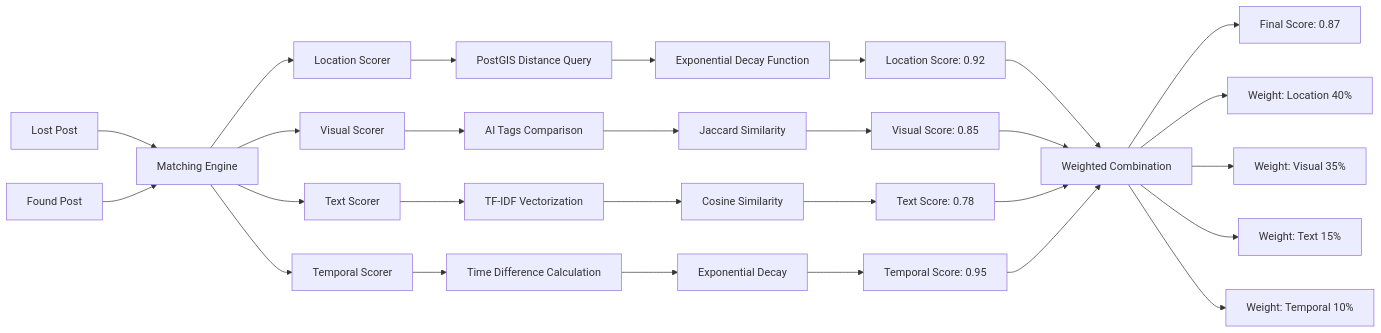
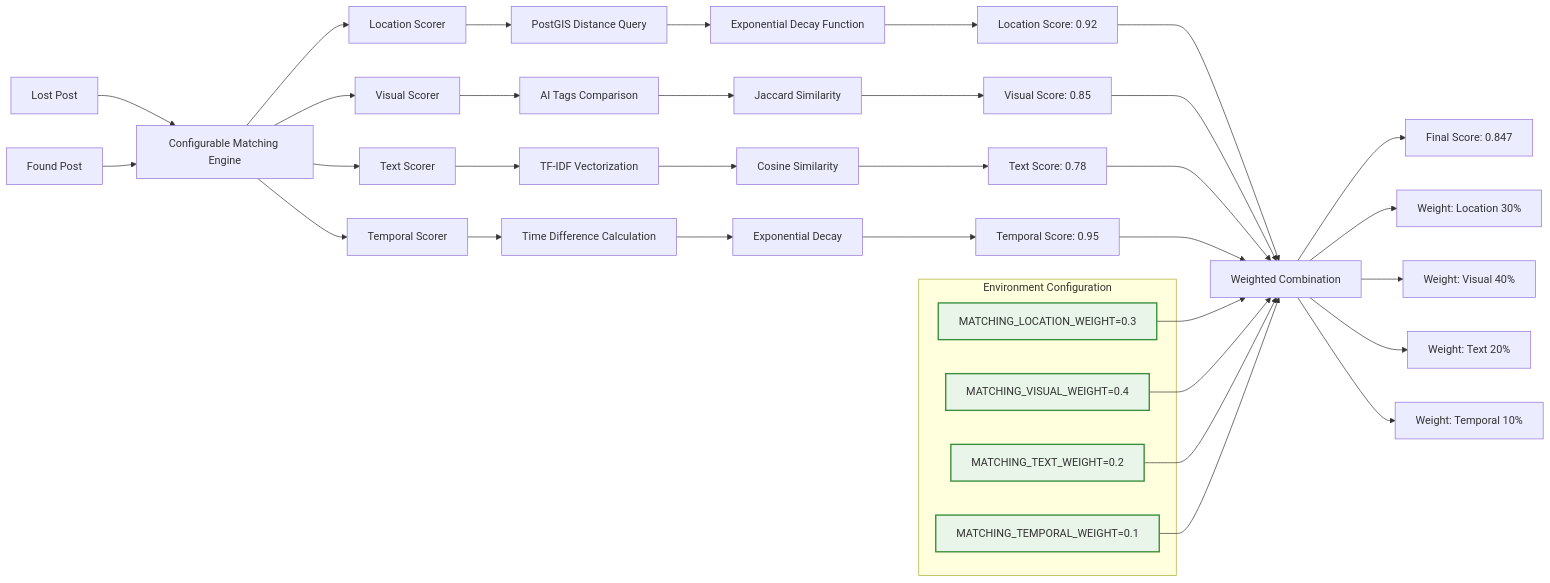
One commit to findly-now/fn-docs changed the third of 10 diagrams in matcher/service-interaction-diagrams.md. Above: the diagram before and after it, drawn with Mermaid. The commit also changed other lines of this file and 10 other files, not shown here.

First line of the commit message:
docs: Comprehensive architecture documentation and troubleshooting guides

````diff
--- a/matcher/service-interaction-diagrams.md
+++ b/matcher/service-interaction-diagrams.md
@@ -88,38 +88,55 @@
 ```mermaid
 graph LR
-    A[Lost Post] --> B[Matching Engine]
+    A[Lost Post] --> B[Configurable Matching Engine]
     C[Found Post] --> B
+
+    subgraph "Environment Configuration"
+        ENV1[MATCHING_LOCATION_WEIGHT=0.3]
+        ENV2[MATCHING_VISUAL_WEIGHT=0.4]
+        ENV3[MATCHING_TEXT_WEIGHT=0.2]
+        ENV4[MATCHING_TEMPORAL_WEIGHT=0.1]
+    end
 
     B --> D[Location Scorer]
     B --> E[Visual Scorer]
     B --> F[Text Scorer]
     B --> G[Temporal Scorer]
 
     D --> D1[PostGIS Distance Query]
     D1 --> D2[Exponential Decay Function]
     D2 --> D3[Location Score: 0.92]
 
     E --> E1[AI Tags Comparison]
     E1 --> E2[Jaccard Similarity]
     E2 --> E3[Visual Score: 0.85]
 
     F --> F1[TF-IDF Vectorization]
     F1 --> F2[Cosine Similarity]
     F2 --> F3[Text Score: 0.78]
 
     G --> G1[Time Difference Calculation]
     G1 --> G2[Exponential Decay]
     G2 --> G3[Temporal Score: 0.95]
 
     D3 --> H[Weighted Combination]
     E3 --> H
     F3 --> H
     G3 --> H
 
-    H --> I[Final Score: 0.87]
+    ENV1 --> H
+    ENV2 --> H
+    ENV3 --> H
+    ENV4 --> H
 
-    H --> J[Weight: Location 40%]
-    H --> K[Weight: Visual 35%]
-    H --> L[Weight: Text 15%]
+    H --> I[Final Score: 0.847]
+
+    H --> J[Weight: Location 30%]
+    H --> K[Weight: Visual 40%]
+    H --> L[Weight: Text 20%]
     H --> M[Weight: Temporal 10%]
+
+    style ENV1 fill:#e8f5e8,stroke:#388e3c,stroke-width:2px
+    style ENV2 fill:#e8f5e8,stroke:#388e3c,stroke-width:2px
+    style ENV3 fill:#e8f5e8,stroke:#388e3c,stroke-width:2px
+    style ENV4 fill:#e8f5e8,stroke:#388e3c,stroke-width:2px
 ```
````
